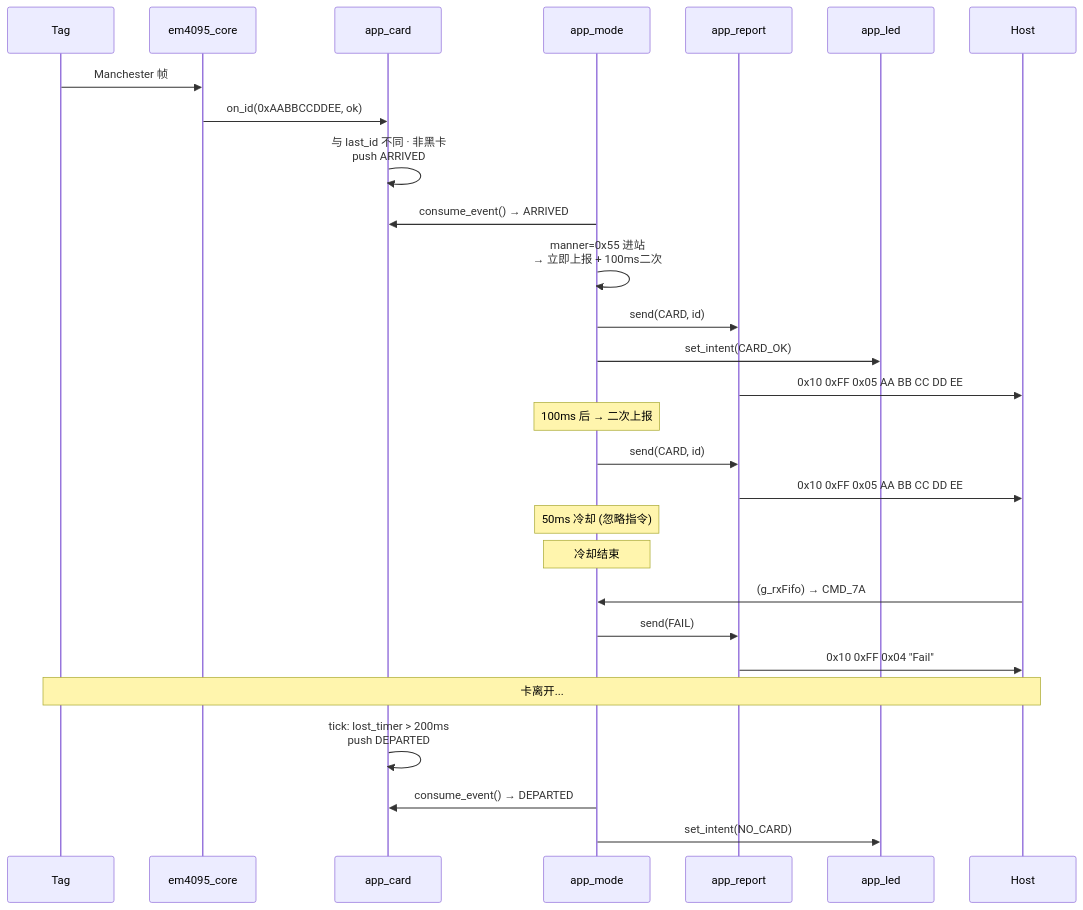
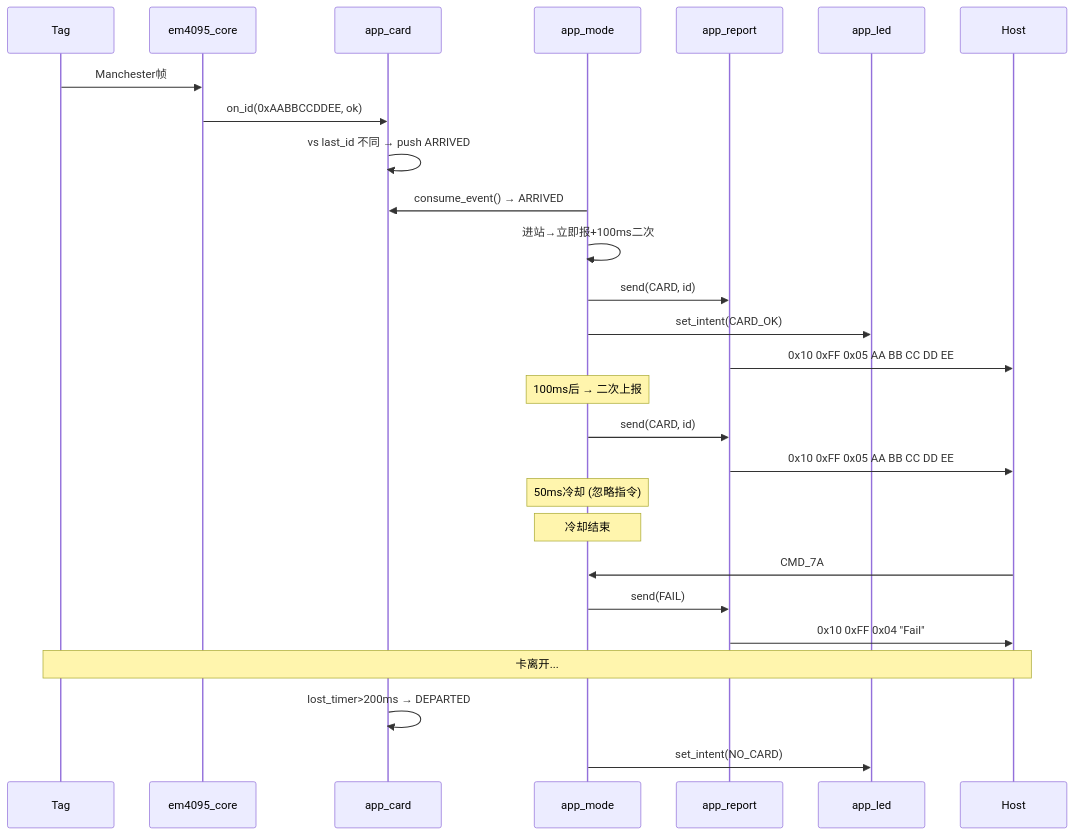
Before and after one commit to Siaiai/ObsidianNote: diagram 15 of 16 in 工作/SR3读卡器/260802SR3读卡器架构.md, drawn with Mermaid. The commit also changed other lines of this file and 1 other file, not shown here.

````diff
--- a/工作/SR3读卡器/260802SR3读卡器架构.md
+++ b/工作/SR3读卡器/260802SR3读卡器架构.md
@@ -576,36 +726,33 @@
 ```mermaid
 sequenceDiagram
     participant TAG as Tag
     participant DEC as em4095_core
     participant CARD as app_card
     participant MODE as app_mode
     participant RPT as app_report
     participant LED as app_led
     participant HOST as Host
 
-    TAG->>DEC: Manchester 帧
+    TAG->>DEC: Manchester帧
     DEC->>CARD: on_id(0xAABBCCDDEE, ok)
-
-    CARD->>CARD: 与 last_id 不同 · 非黑卡<br/>push ARRIVED
-
+    CARD->>CARD: vs last_id 不同 → push ARRIVED
     MODE->>CARD: consume_event() → ARRIVED
-    MODE->>MODE: manner=0x55 进站<br/>→ 立即上报 + 100ms二次
+    MODE->>MODE: 进站→立即报+100ms二次
     MODE->>RPT: send(CARD, id)
     MODE->>LED: set_intent(CARD_OK)
     RPT->>HOST: 0x10 0xFF 0x05 AA BB CC DD EE
 
-    Note over MODE: 100ms 后 → 二次上报
+    Note over MODE: 100ms后 → 二次上报
     MODE->>RPT: send(CARD, id)
     RPT->>HOST: 0x10 0xFF 0x05 AA BB CC DD EE
-    Note over MODE: 50ms 冷却 (忽略指令)
+    Note over MODE: 50ms冷却 (忽略指令)
 
     Note over MODE: 冷却结束
-    HOST->>MODE: (g_rxFifo) → CMD_7A
+    HOST->>MODE: CMD_7A
     MODE->>RPT: send(FAIL)
     RPT->>HOST: 0x10 0xFF 0x04 "Fail"
 
     Note over TAG,HOST: 卡离开...
-    CARD->>CARD: tick: lost_timer > 200ms<br/>push DEPARTED
-    MODE->>CARD: consume_event() → DEPARTED
+    CARD->>CARD: lost_timer>200ms → DEPARTED
     MODE->>LED: set_intent(NO_CARD)
 ```
````
